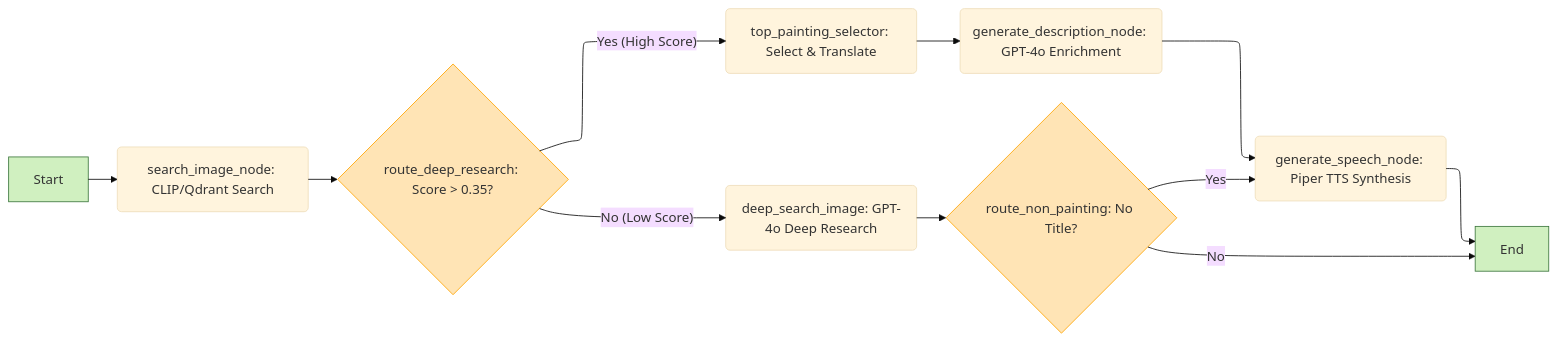
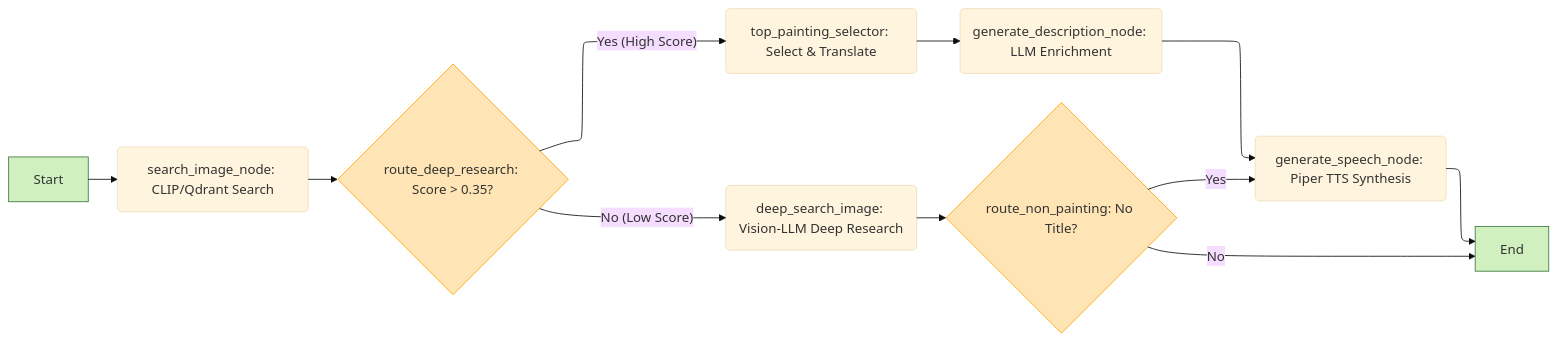
The second of 2 diagrams in README.md (thebluetonguegiraffe/artguide), drawn with Mermaid (base theme) before and after one commit. The commit also changed other lines of this file, not shown here.

````diff
--- a/README.md
+++ b/README.md
@@ -105,22 +105,22 @@
 ```mermaid
 ---
 config:
  layout: elk
 ---
 flowchart LR
     A["Start"] --> B("search_image_node: CLIP/Qdrant Search")
     B --> C{"route_deep_research: Score > 0.35?"}
     C -- Yes (High Score) --> D("top_painting_selector: Select & Translate")
-    C -- No (Low Score) --> E("deep_search_image: GPT-4o Deep Research")
-    D --> F("generate_description_node: GPT-4o Enrichment")
+    C -- No (Low Score) --> E("deep_search_image: Vision-LLM Deep Research")
+    D --> F("generate_description_node: LLM Enrichment")
     F --> H("generate_speech_node: Piper TTS Synthesis")
     E --> G{"route_non_painting: No Title?"}
     G -- Yes --> H
     G -- No --> I["End"]
     H --> I
   
     style A fill:#D0F0C0,stroke:#3C763D
     style C fill:#FFE4B5,stroke:#FFA500
     style G fill:#FFE4B5,stroke:#FFA500
     style I fill:#D0F0C0,stroke:#3C763D
 ```
````
